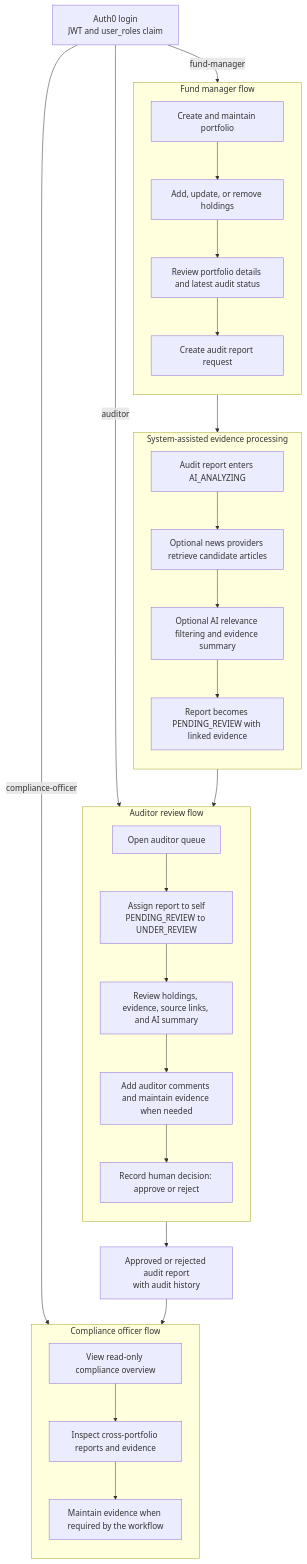
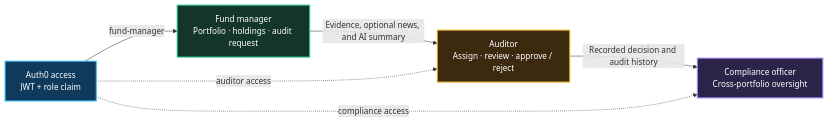
One commit to Scampoloni/TrueYield changed the diagram in README.md. Above: the diagram before and after it, drawn with Mermaid. The commit also changed other lines of this file, not shown here.

Commit message:
docs: compact portfolio workflow visual

````diff
--- a/README.md
+++ b/README.md
@@ -33,48 +33,22 @@
 ```mermaid
-flowchart TB
-    Auth["Auth0 login<br/>JWT and user_roles claim"]
+flowchart LR
+    Auth["Auth0 access<br/>JWT + role claim"]
+    FM["Fund manager<br/>Portfolio · holdings · audit request"]
+    AU["Auditor<br/>Assign · review · approve / reject"]
+    CO["Compliance officer<br/>Cross-portfolio oversight"]
 
-    subgraph FM["Fund manager flow"]
-        direction TB
-        FM1["Create and maintain portfolio"]
-        FM2["Add, update, or remove holdings"]
-        FM3["Review portfolio details and latest audit status"]
-        FM4["Create audit report request"]
-        FM1 --> FM2 --> FM3 --> FM4
-    end
+    Auth -->|"fund-manager"| FM
+    FM -->|"Evidence, optional news, and AI summary"| AU
+    AU -->|"Recorded decision and audit history"| CO
+    Auth -. "auditor access" .-> AU
+    Auth -. "compliance access" .-> CO
 
-    subgraph System["System-assisted evidence processing"]
-        direction TB
-        SYS1["Audit report enters AI_ANALYZING"]
-        SYS2["Optional news providers retrieve candidate articles"]
-        SYS3["Optional AI relevance filtering and evidence summary"]
-        SYS4["Report becomes PENDING_REVIEW with linked evidence"]
-        SYS1 --> SYS2 --> SYS3 --> SYS4
-    end
-
-    subgraph AU["Auditor review flow"]
-        direction TB
-        AU1["Open auditor queue"]
-        AU2["Assign report to self<br/>PENDING_REVIEW to UNDER_REVIEW"]
-        AU3["Review holdings, evidence, source links, and AI summary"]
-        AU4["Add auditor comments and maintain evidence when needed"]
-        AU5["Record human decision: approve or reject"]
-        AU1 --> AU2 --> AU3 --> AU4 --> AU5
-    end
-
-    subgraph CO["Compliance officer flow"]
-        direction TB
-        CO1["View read-only compliance overview"]
-        CO2["Inspect cross-portfolio reports and evidence"]
-        CO3["Maintain evidence when required by the workflow"]
-        CO1 --> CO2 --> CO3
-    end
-
-    Auth -->|"fund-manager"| FM1
-    Auth -->|"auditor"| AU1
-    Auth -->|"compliance-officer"| CO1
-    FM4 --> SYS1
-    SYS4 --> AU1
-    AU5 --> Outcome["Approved or rejected audit report<br/>with audit history"]
-    Outcome --> CO1
+    classDef access fill:#0f3a5c,stroke:#38bdf8,color:#ffffff,stroke-width:2px
+    classDef fund fill:#143529,stroke:#34d399,color:#ffffff,stroke-width:2px
+    classDef audit fill:#3c2a10,stroke:#fbbf24,color:#ffffff,stroke-width:2px
+    classDef compliance fill:#2c2448,stroke:#a78bfa,color:#ffffff,stroke-width:2px
+    class Auth access
+    class FM fund
+    class AU audit
+    class CO compliance
 ```
````
